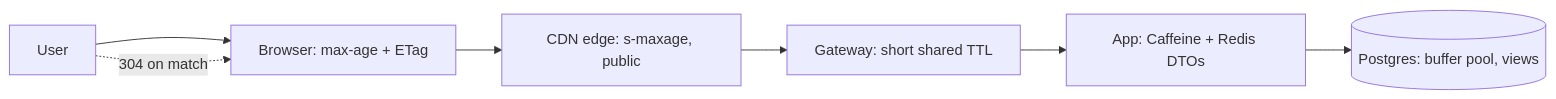
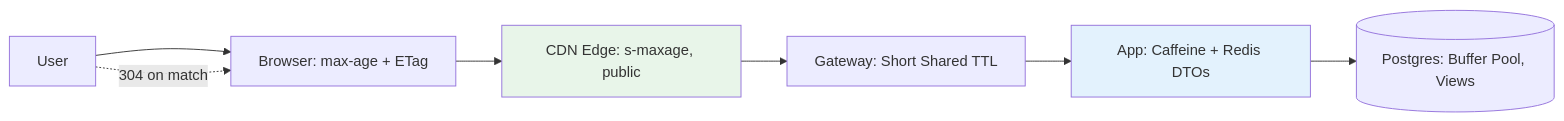
Before and after one commit to kotiansukesh/Engineering-Knowledge-System: the diagram in Architect/06_Data-Architecture/04_Caching-CDN.md, drawn with Mermaid. The commit also changed other lines of this file and 546 other files, not shown here.

````diff
--- a/Architect/06_Data-Architecture/04_Caching-CDN.md
+++ b/Architect/06_Data-Architecture/04_Caching-CDN.md
@@ -14,9 +25,11 @@
 ```mermaid
 graph LR
- U[User] --> B[Browser: max-age + ETag]
- B --> CDN[CDN edge: s-maxage, public]
- CDN --> GW[Gateway: short shared TTL]
- GW --> APP[App: Caffeine + Redis DTOs]
- APP --> DB[(Postgres: buffer pool, views)]
- U -.304 on match.-> B
+    U[User] --> B[Browser: max-age + ETag]
+    B --> CDN[CDN Edge: s-maxage, public]
+    CDN --> GW[Gateway: Short Shared TTL]
+    GW --> APP[App: Caffeine + Redis DTOs]
+    APP --> DB[(Postgres: Buffer Pool, Views)]
+    U -.304 on match.-> B
+    style CDN fill:#e8f5e9
+    style APP fill:#e3f2fd
 ```
````
